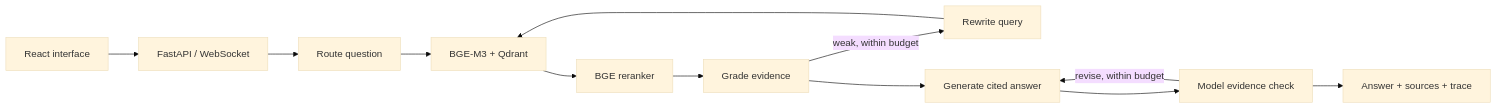
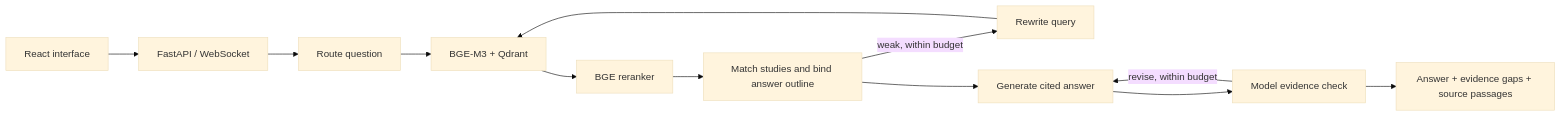
One commit to lijingshan-6/medrag-agent changed the diagram in README.md. Above: the diagram before and after it, drawn with Mermaid (base theme). The commit also changed other lines of this file and 47 other files, not shown here.

Commit message:
feat: bind v0.4 answers to source components and expose evidence gaps

````diff
--- a/README.md
+++ b/README.md
@@ -80,14 +83,14 @@
 ```mermaid
 flowchart LR
   UI[React interface] --> API[FastAPI / WebSocket]
   API --> Route[Route question]
   Route --> Retrieve[BGE-M3 + Qdrant]
   Retrieve --> Rerank[BGE reranker]
-  Rerank --> Grade[Grade evidence]
+  Rerank --> Grade[Match studies and bind answer outline]
   Grade -->|weak, within budget| Rewrite[Rewrite query]
   Rewrite --> Retrieve
   Grade --> Generate[Generate cited answer]
   Generate --> Check[Model evidence check]
   Check -->|revise, within budget| Generate
-  Check --> Answer[Answer + sources + trace]
+  Check --> Answer[Answer + evidence gaps + source passages]
 ```
````
